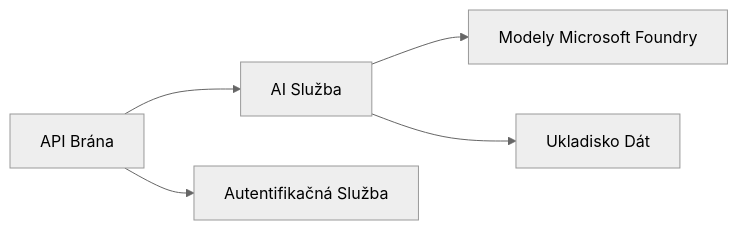
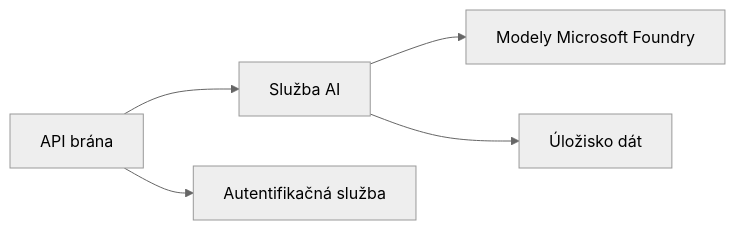
Before and after one commit to microsoft/AZD-for-beginners: the first of 2 diagrams in translations/sk/docs/chapter-08-production/README.md, drawn with Mermaid (neutral theme). The commit also changed other lines of this file and 104 other files, not shown here.

````diff
--- a/translations/sk/docs/chapter-08-production/README.md
+++ b/translations/sk/docs/chapter-08-production/README.md
@@ -48,6 +48,6 @@
 ```mermaid
 graph LR
-    Gateway[API Brána] --> AI[AI Služba] --> Models[Modely Microsoft Foundry]
-    Gateway --> Auth[Autentifikačná Služba]
-    AI --> Data[Ukladisko Dát]
+    Gateway[API brána] --> AI[Služba AI] --> Models[Modely Microsoft Foundry]
+    Gateway --> Auth[Autentifikačná služba]
+    AI --> Data[Úložisko dát]
 ```
````
